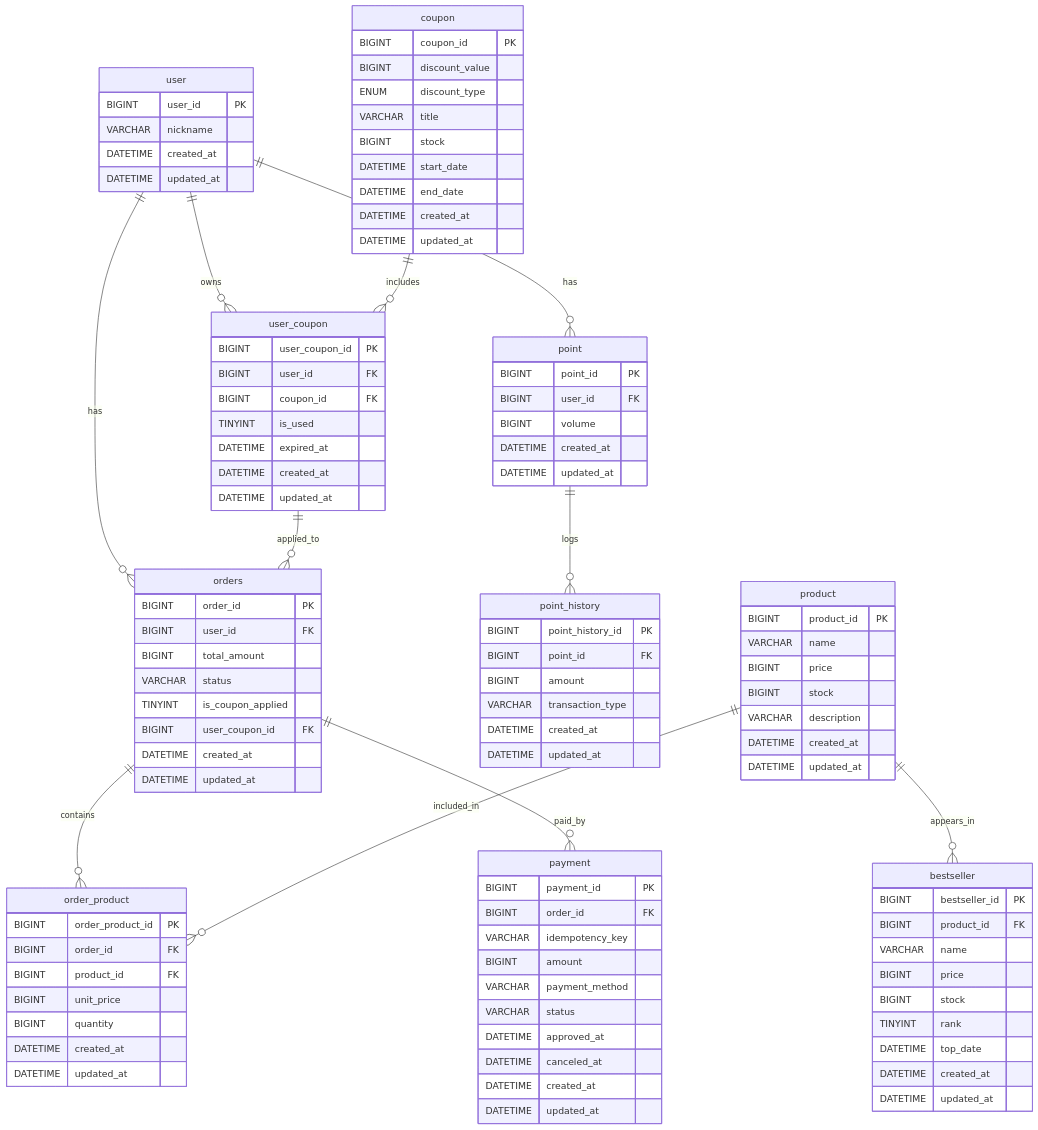
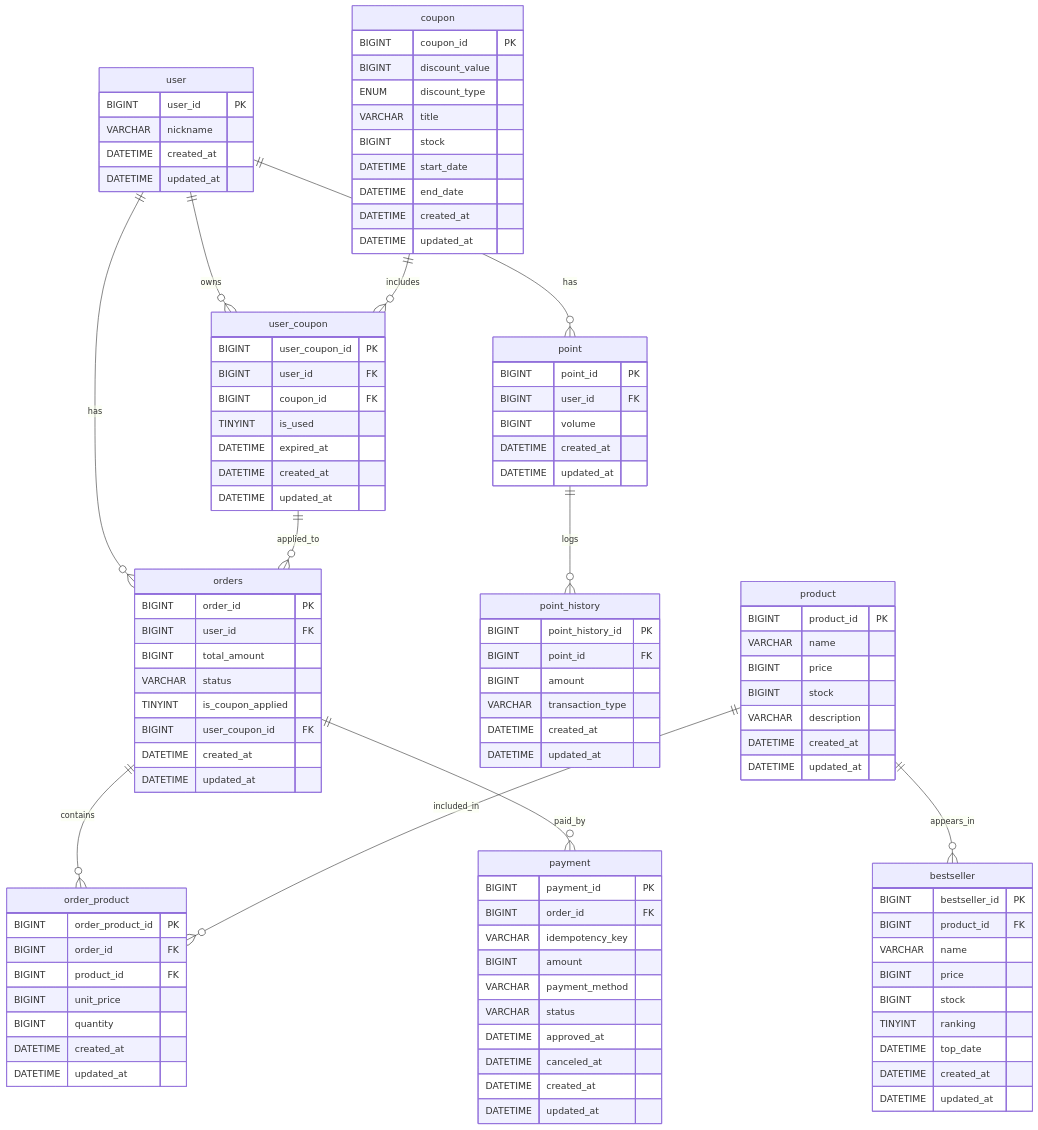
The diagram in docs/erd.md (BEpaul/e-commerce), drawn with Mermaid before and after one commit. The commit also changed other lines of this file and 1 other file, not shown here.

Commit message:
[DOCS] 베스트셀러 rank 컬럼명 수정

```diff
--- a/docs/erd.md
+++ b/docs/erd.md
@@ -112,7 +112,7 @@
         VARCHAR name
         BIGINT price
         BIGINT stock
-        TINYINT rank
+        TINYINT ranking
         DATETIME top_date
         DATETIME created_at
         DATETIME updated_at
```
